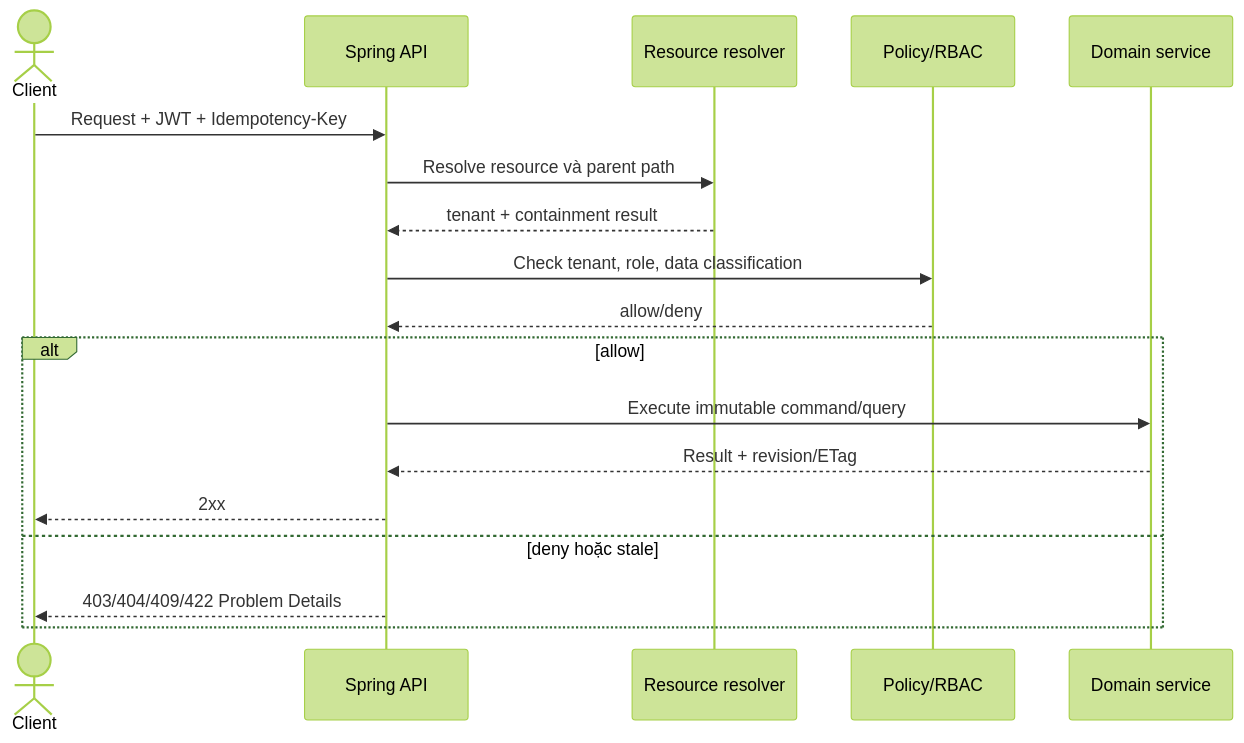
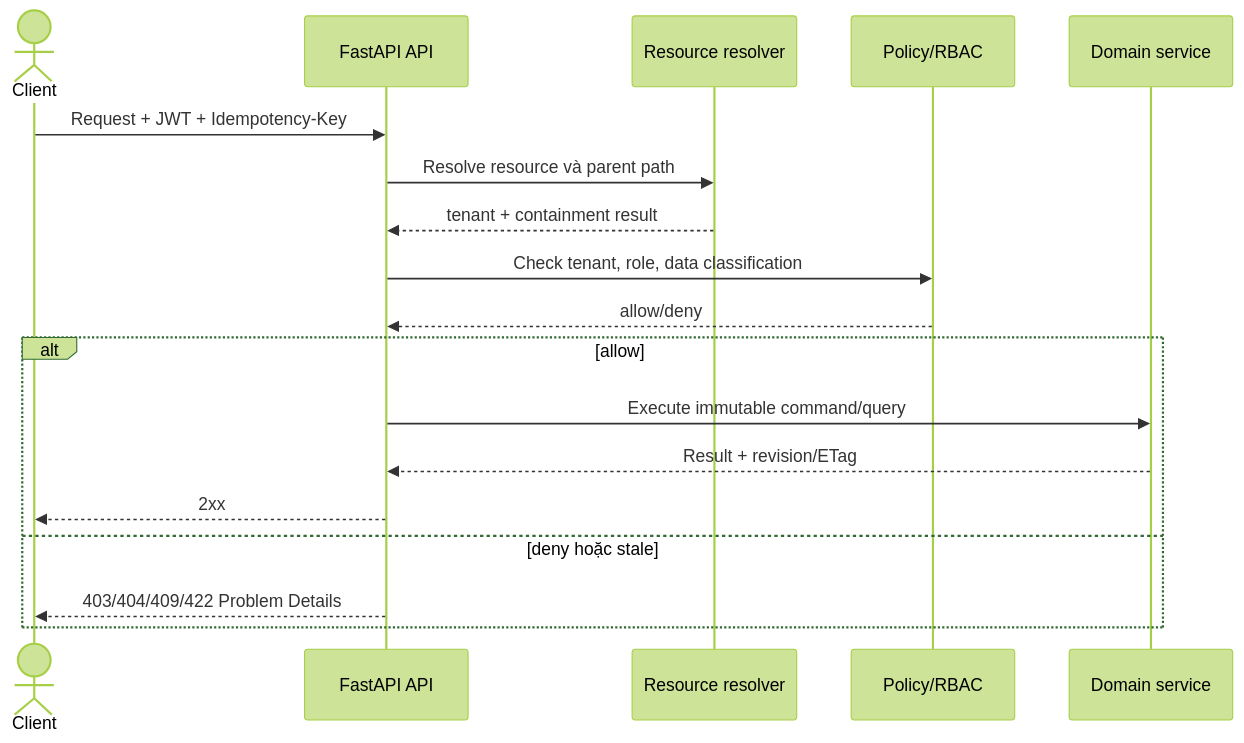
One commit to AI20K-VGR/contract-intelligence-core changed diagram 24 of 31 in docs/DOC-04-architecture.md. Above: the diagram before and after it, drawn with Mermaid (forest theme). The commit also changed other lines of this file and 16 other files, not shown here.

First line of the commit message:
docs(repo): align stack to FastAPI backend-push, fix cross-document contract gaps

````diff
--- a/docs/DOC-04-architecture.md
+++ b/docs/DOC-04-architecture.md
@@ -549,20 +607,20 @@
 ```mermaid
 sequenceDiagram
   actor U as Client
-  participant G as Spring API
+  participant G as FastAPI API
   participant R as Resource resolver
   participant P as Policy/RBAC
   participant D as Domain service
   U->>G: Request + JWT + Idempotency-Key
   G->>R: Resolve resource và parent path
   R-->>G: tenant + containment result
   G->>P: Check tenant, role, data classification
   P-->>G: allow/deny
   alt allow
     G->>D: Execute immutable command/query
     D-->>G: Result + revision/ETag
     G-->>U: 2xx
   else deny hoặc stale
     G-->>U: 403/404/409/422 Problem Details
   end
 ```
````
